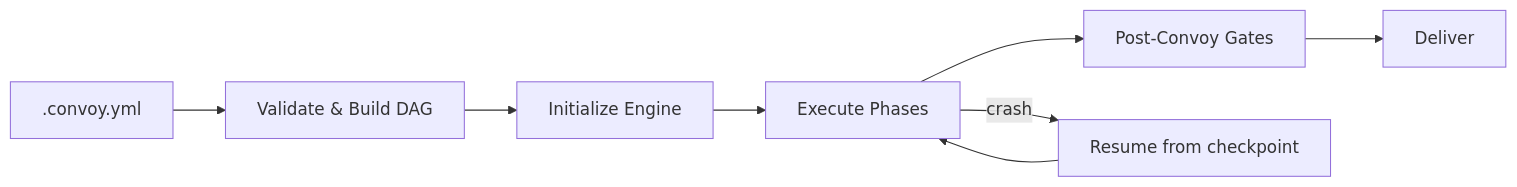
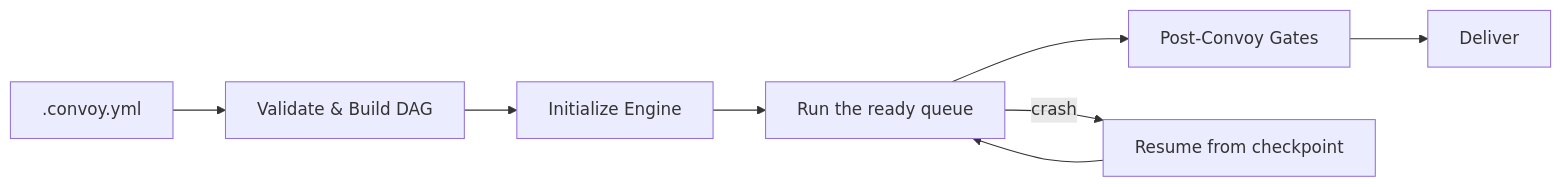
One commit to monkilabs/opencastle changed the second of 2 diagrams in ARCHITECTURE.md. Above: the diagram before and after it, drawn with Mermaid. The commit also changed other lines of this file and 13 other files, not shown here.

````diff
--- a/ARCHITECTURE.md
+++ b/ARCHITECTURE.md
@@ -278,11 +278,11 @@
 ```mermaid
 graph LR
     S[".convoy.yml"] --> V["Validate & Build DAG"]
     V --> I["Initialize Engine"]
-    I --> E["Execute Phases"]
+    I --> E["Run the ready queue"]
     E --> G["Post-Convoy Gates"]
     G --> D["Deliver"]
 
     E -->|crash| R["Resume from checkpoint"]
     R --> E
 ```
````
